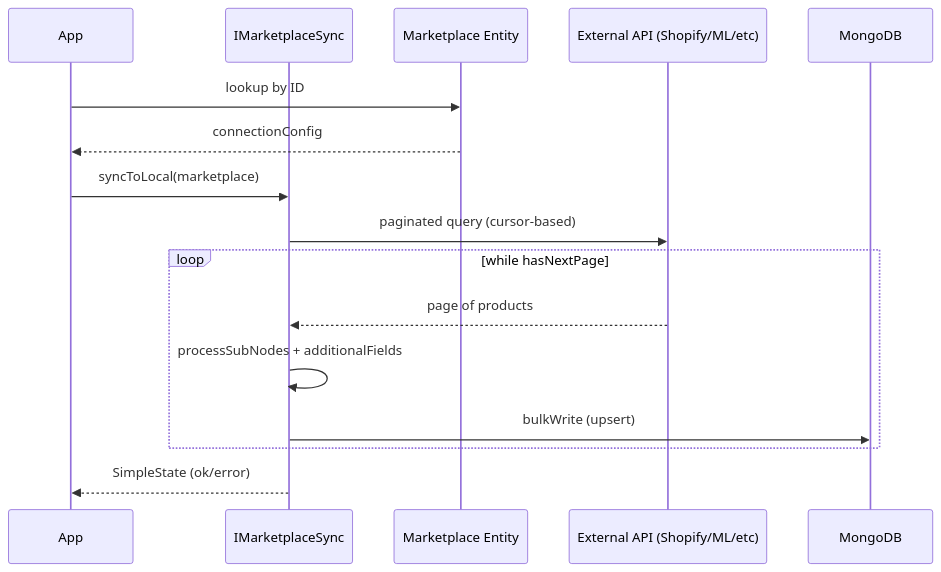
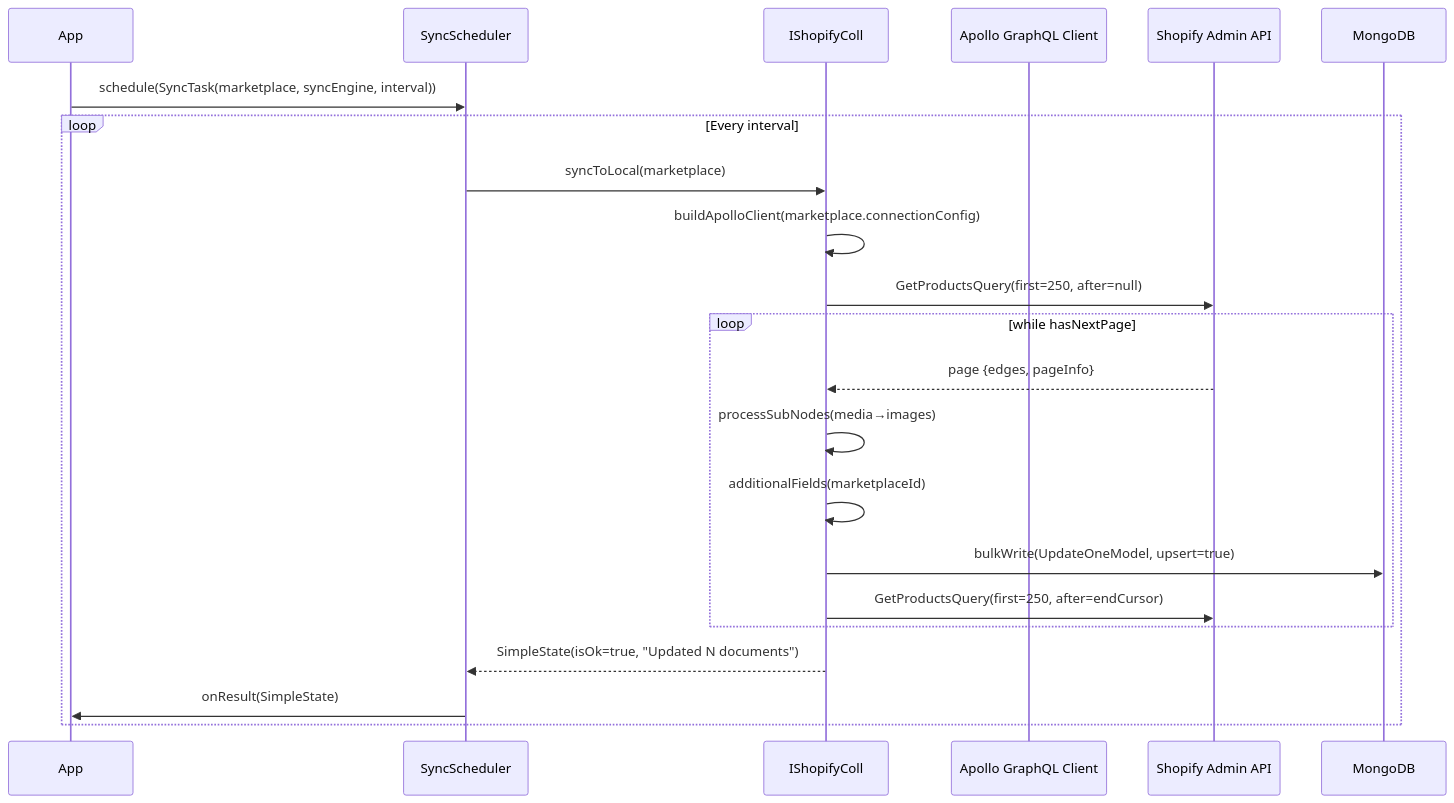
Before and after one commit to tfonrouge/marketPlazeLib: the first of 7 diagrams in blueprints/MarketPlazeLib(MODULE)/FLOWCHART.md, drawn with Mermaid. The commit also changed other lines of this file and 28 other files, not shown here.

First line of the commit message:
v2.1.0: Mexican marketplace pricing engine + blueprint cleanup

````diff
--- a/blueprints/MarketPlazeLib(MODULE)/FLOWCHART.md
+++ b/blueprints/MarketPlazeLib(MODULE)/FLOWCHART.md
@@ -5,19 +5,25 @@
 ```mermaid
 sequenceDiagram
     participant App
-    participant SyncEngine as IMarketplaceSync
-    participant Marketplace as Marketplace Entity
-    participant API as External API (Shopify/ML/etc)
+    participant Scheduler as SyncScheduler
+    participant Sync as IShopifyColl
+    participant Apollo as Apollo GraphQL Client
+    participant API as Shopify Admin API
     participant DB as MongoDB
 
-    App->>Marketplace: lookup by ID
-    Marketplace-->>App: connectionConfig
-    App->>SyncEngine: syncToLocal(marketplace)
-    SyncEngine->>API: paginated query (cursor-based)
-    loop while hasNextPage
-        API-->>SyncEngine: page of products
-        SyncEngine->>SyncEngine: processSubNodes + additionalFields
-        SyncEngine->>DB: bulkWrite (upsert)
+    App->>Scheduler: schedule(SyncTask(marketplace, syncEngine, interval))
+    loop Every interval
+        Scheduler->>Sync: syncToLocal(marketplace)
+        Sync->>Sync: buildApolloClient(marketplace.connectionConfig)
+        Sync->>API: GetProductsQuery(first=250, after=null)
+        loop while hasNextPage
+            API-->>Sync: page {edges, pageInfo}
+            Sync->>Sync: processSubNodes(media→images)
+            Sync->>Sync: additionalFields(marketplaceId)
+            Sync->>DB: bulkWrite(UpdateOneModel, upsert=true)
+            Sync->>API: GetProductsQuery(first=250, after=endCursor)
+        end
+        Sync-->>Scheduler: SimpleState(isOk=true, "Updated N documents")
+        Scheduler->>App: onResult(SimpleState)
     end
-    SyncEngine-->>App: SimpleState (ok/error)
 ```
````
